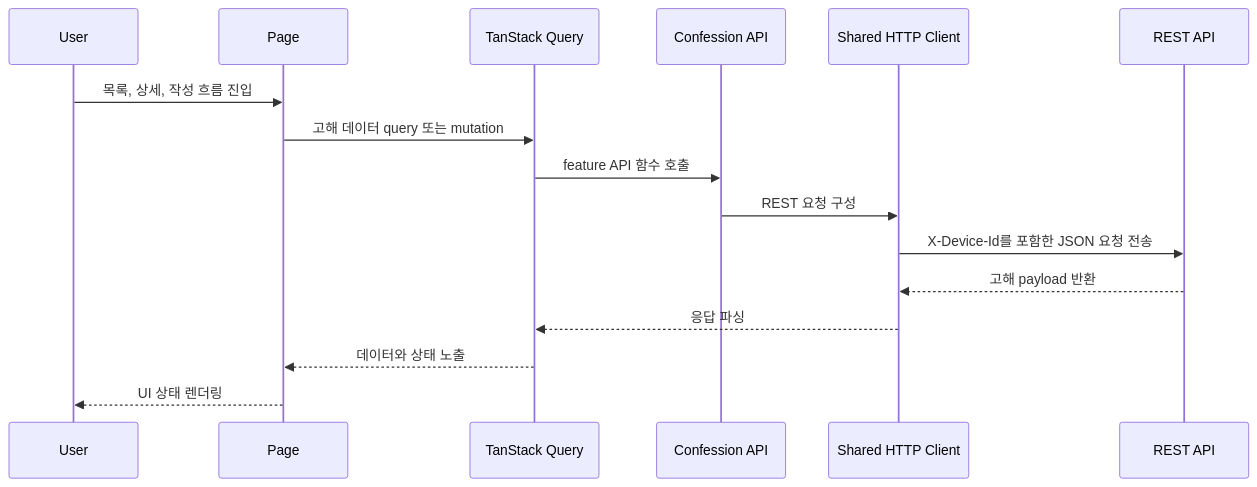
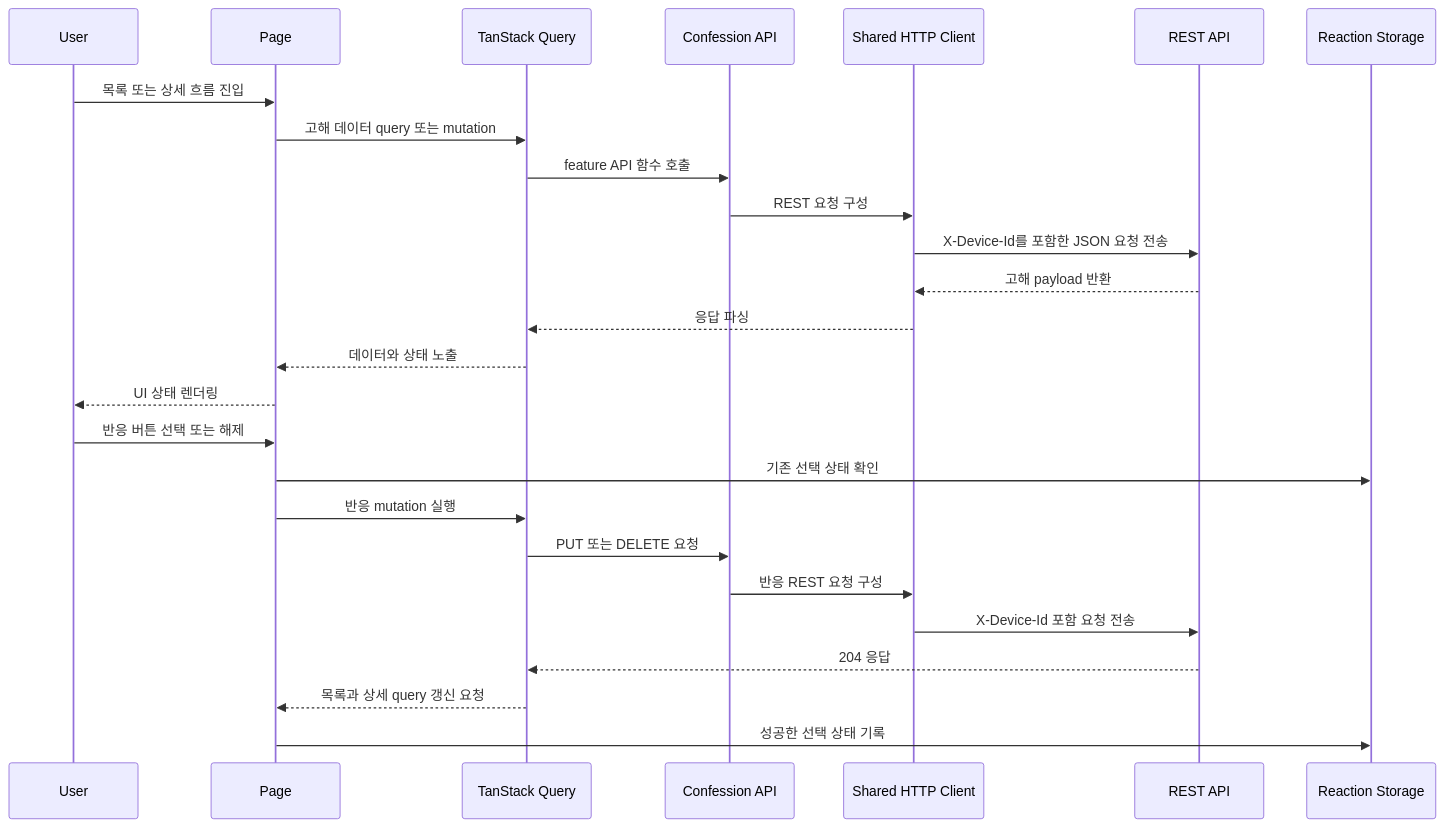
Before and after one commit to dlhwang/goahead-tuk-frontend: the second of 2 diagrams in aidlc-docs/inception/reverse-engineering/architecture.md, drawn with Mermaid. The commit also changed other lines of this file and 62 other files, not shown here.

````diff
--- a/aidlc-docs/inception/reverse-engineering/architecture.md
+++ b/aidlc-docs/inception/reverse-engineering/architecture.md
@@ -58,18 +73,28 @@
 ```mermaid
 sequenceDiagram
     participant User
     participant Page
     participant Query as TanStack Query
     participant API as Confession API
     participant HTTP as Shared HTTP Client
     participant Backend as REST API
-    User->>Page: 목록, 상세, 작성 흐름 진입
+    participant Storage as Reaction Storage
+    User->>Page: 목록 또는 상세 흐름 진입
     Page->>Query: 고해 데이터 query 또는 mutation
     Query->>API: feature API 함수 호출
     API->>HTTP: REST 요청 구성
     HTTP->>Backend: X-Device-Id를 포함한 JSON 요청 전송
     Backend-->>HTTP: 고해 payload 반환
     HTTP-->>Query: 응답 파싱
     Query-->>Page: 데이터와 상태 노출
     Page-->>User: UI 상태 렌더링
+    User->>Page: 반응 버튼 선택 또는 해제
+    Page->>Storage: 기존 선택 상태 확인
+    Page->>Query: 반응 mutation 실행
+    Query->>API: PUT 또는 DELETE 요청
+    API->>HTTP: 반응 REST 요청 구성
+    HTTP->>Backend: X-Device-Id 포함 요청 전송
+    Backend-->>Query: 204 응답
+    Query-->>Page: 목록과 상세 query 갱신 요청
+    Page->>Storage: 성공한 선택 상태 기록
 ```
````
